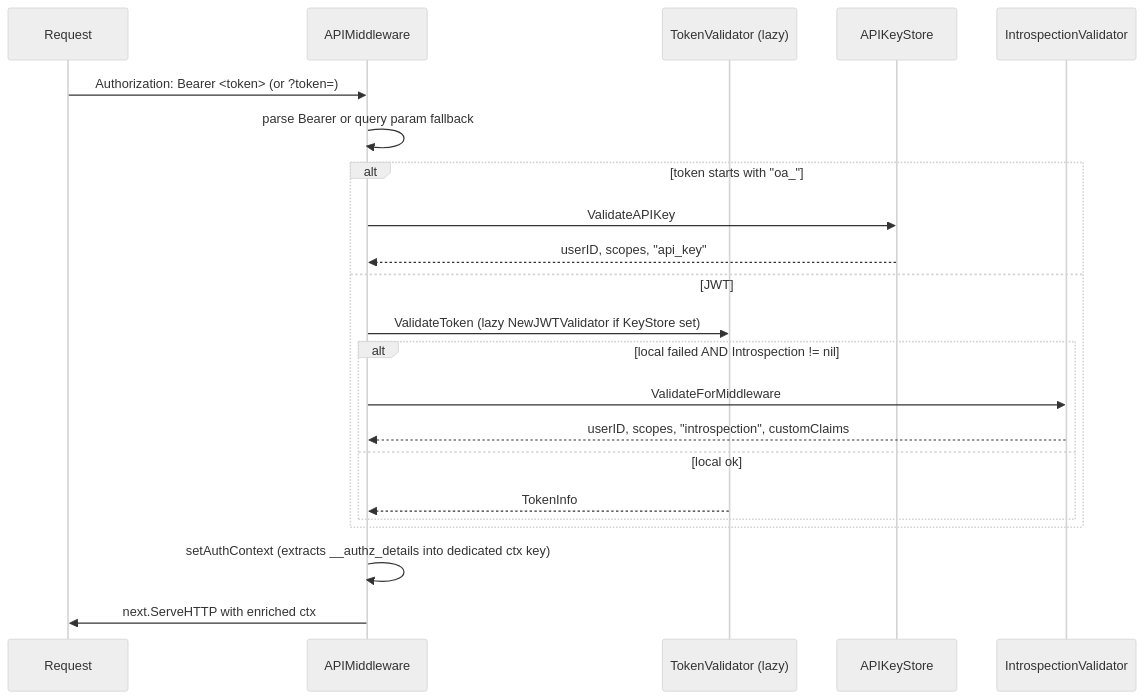
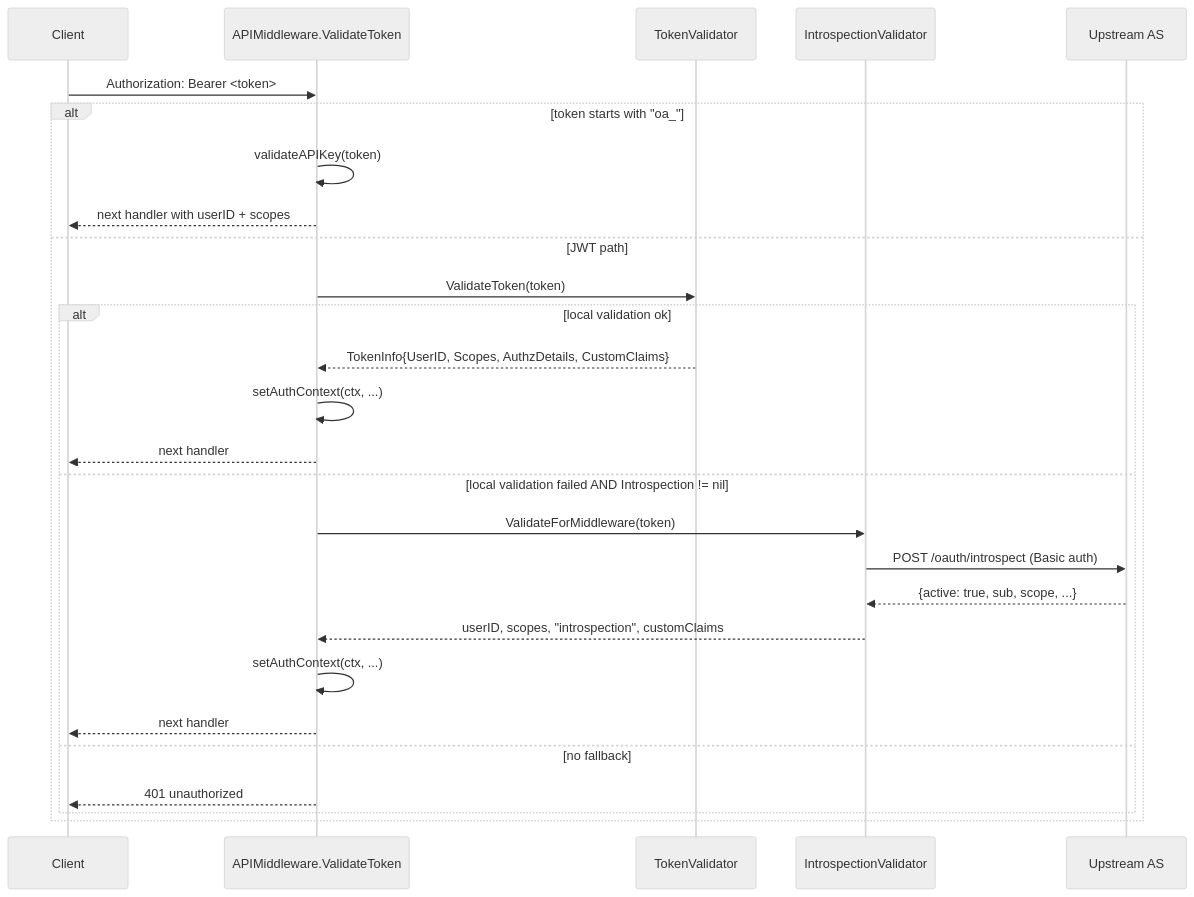
The fourth of 5 diagrams in apiauth/DESIGN.md (panyam/oneauth), drawn with Mermaid (neutral theme) before and after one commit. The commit also changed other lines of this file and 42 other files, not shown here.

````diff
--- a/apiauth/DESIGN.md
+++ b/apiauth/DESIGN.md
@@ -271,24 +177,30 @@
 ```mermaid
 sequenceDiagram
-    participant R as Request
-    participant M as APIMiddleware
-    participant V as TokenValidator (lazy)
-    participant AK as APIKeyStore
-    participant I as IntrospectionValidator
-    R->>M: Authorization: Bearer <token> (or ?token=)
-    M->>M: parse Bearer or query param fallback
+    participant Client
+    participant Mw as APIMiddleware.ValidateToken
+    participant V as TokenValidator
+    participant IV as IntrospectionValidator
+    participant AS as Upstream AS
+
+    Client->>Mw: Authorization: Bearer <token>
     alt token starts with "oa_"
-        M->>AK: ValidateAPIKey
-        AK-->>M: userID, scopes, "api_key"
-    else JWT
-        M->>V: ValidateToken (lazy NewJWTValidator if KeyStore set)
-        alt local failed AND Introspection != nil
-            M->>I: ValidateForMiddleware
-            I-->>M: userID, scopes, "introspection", customClaims
-        else local ok
-            V-->>M: TokenInfo
+        Mw->>Mw: validateAPIKey(token)
+        Mw-->>Client: next handler with userID + scopes
+    else JWT path
+        Mw->>V: ValidateToken(token)
+        alt local validation ok
+            V-->>Mw: TokenInfo{UserID, Scopes, AuthzDetails, CustomClaims}
+            Mw->>Mw: setAuthContext(ctx, ...)
+            Mw-->>Client: next handler
+        else local validation failed AND Introspection != nil
+            Mw->>IV: ValidateForMiddleware(token)
+            IV->>AS: POST /oauth/introspect (Basic auth)
+            AS-->>IV: {active: true, sub, scope, ...}
+            IV-->>Mw: userID, scopes, "introspection", customClaims
+            Mw->>Mw: setAuthContext(ctx, ...)
+            Mw-->>Client: next handler
+        else no fallback
+            Mw-->>Client: 401 unauthorized
         end
     end
-    M->>M: setAuthContext (extracts __authz_details into dedicated ctx key)
-    M->>R: next.ServeHTTP with enriched ctx
 ```
````
